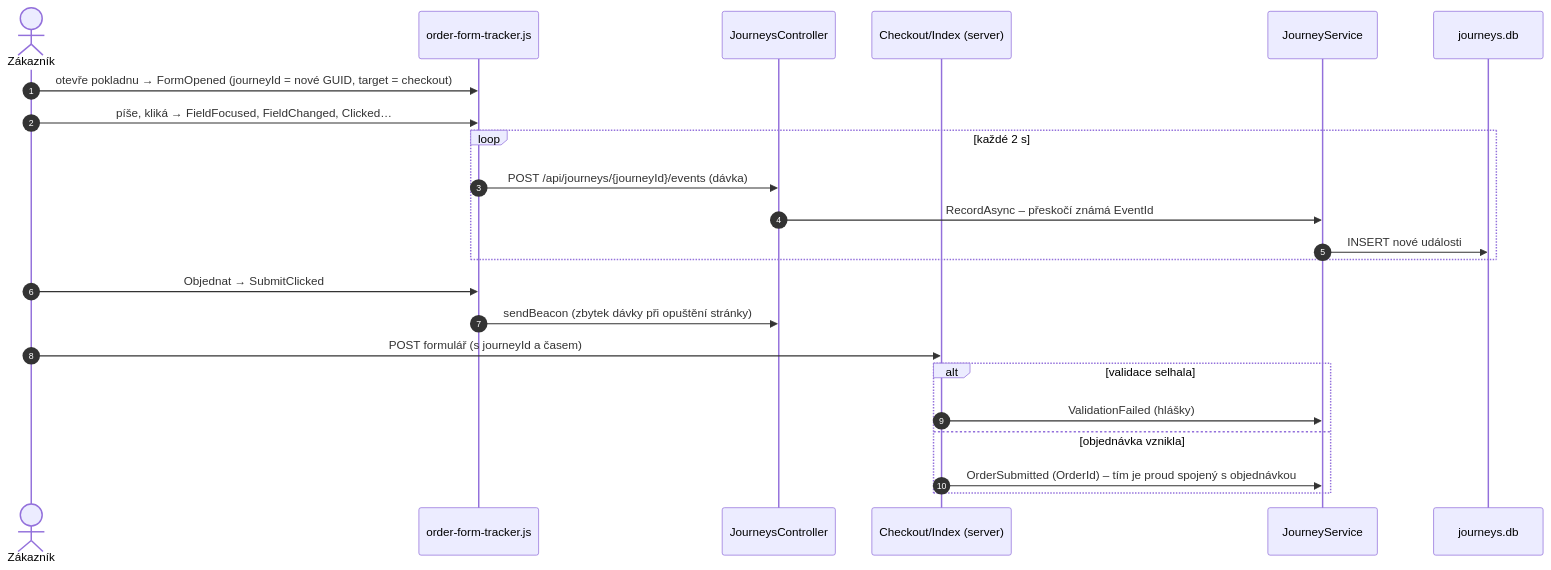
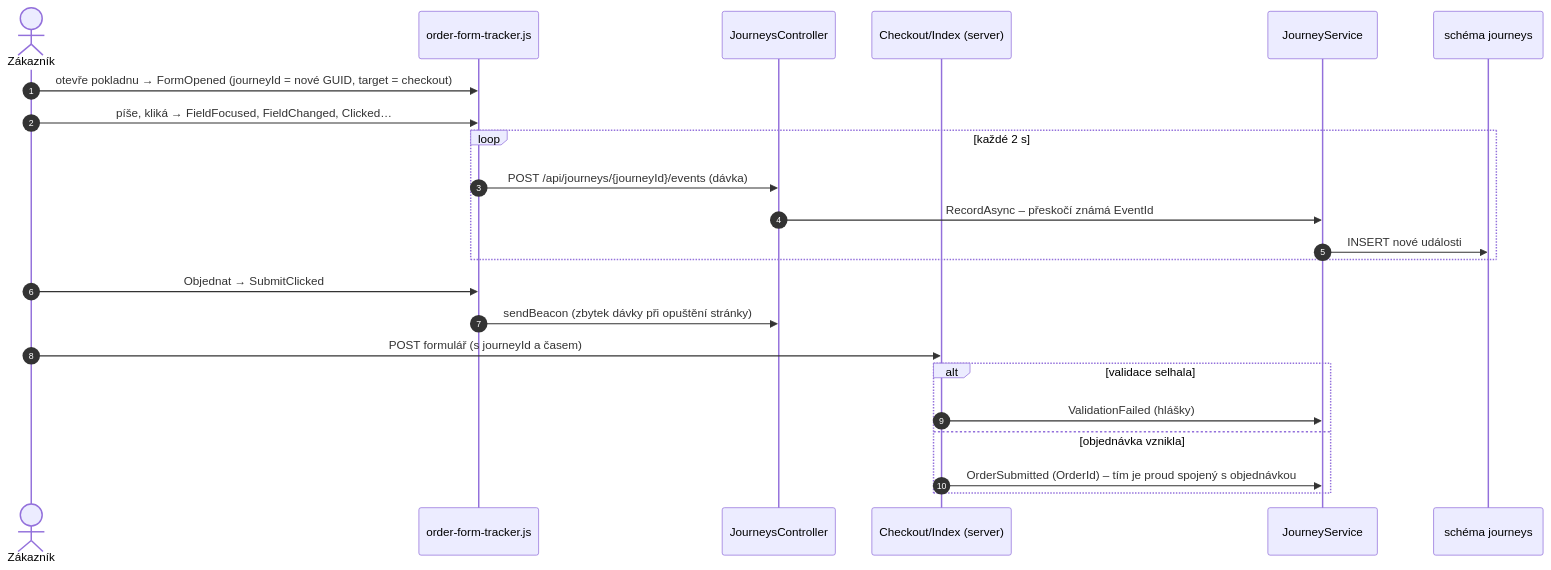
Before and after one commit to ftichy/MiniShop: the first of 2 diagrams in docs/prirucka/toky/prubeh-formulare.md, drawn with Mermaid. The commit also changed other lines of this file and 248 other files, not shown here.

````diff
--- a/docs/prirucka/toky/prubeh-formulare.md
+++ b/docs/prirucka/toky/prubeh-formulare.md
@@ -12,26 +12,26 @@
 ```mermaid
 sequenceDiagram
     autonumber
     actor Z as Zákazník
     participant T as order-form-tracker.js
     participant JC as JourneysController
     participant P as Checkout/Index (server)
     participant JS as JourneyService
-    participant DB as journeys.db
+    participant DB as schéma journeys
 
     Z->>T: otevře pokladnu → FormOpened (journeyId = nové GUID, target = checkout)
     Z->>T: píše, kliká → FieldFocused, FieldChanged, Clicked…
     loop každé 2 s
         T->>JC: POST /api/journeys/{journeyId}/events (dávka)
         JC->>JS: RecordAsync – přeskočí známá EventId
         JS->>DB: INSERT nové události
     end
     Z->>T: Objednat → SubmitClicked
     T->>JC: sendBeacon (zbytek dávky při opuštění stránky)
     Z->>P: POST formulář (s journeyId a časem)
     alt validace selhala
         P->>JS: ValidationFailed (hlášky)
     else objednávka vznikla
         P->>JS: OrderSubmitted (OrderId) – tím je proud spojený s objednávkou
     end
 ```
````
